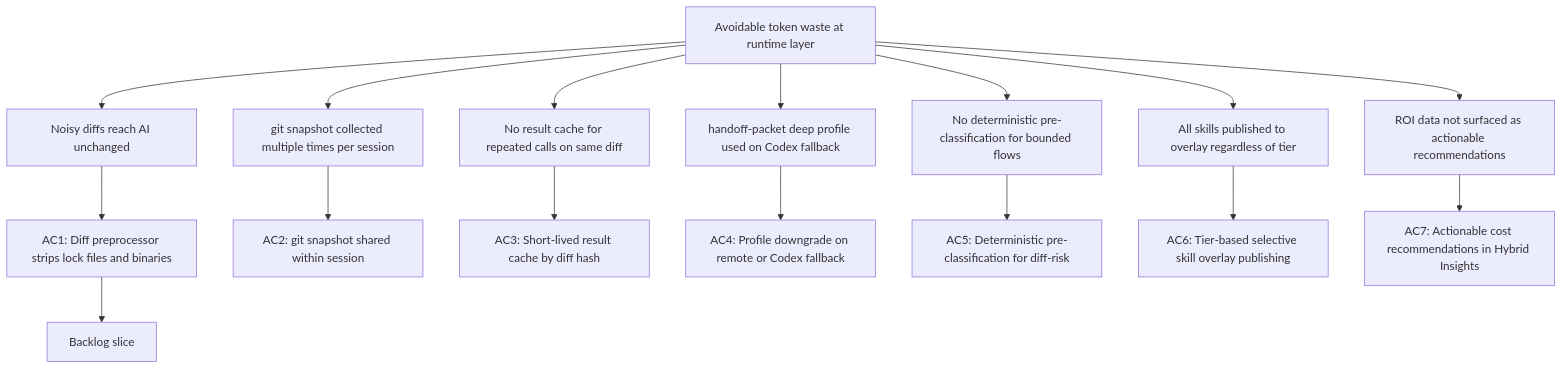
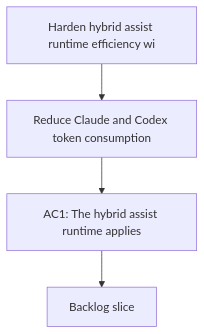
One commit to AlexAgo83/logics-manager changed the diagram in logics/request/req_124_harden_hybrid_assist_runtime_efficiency_with_diff_preprocessing_result_caching_and_profile_aware_fallback.md. Above: the diagram before and after it, drawn with Mermaid. The commit also changed other lines of this file and 481 other files, not shown here.

````diff
--- a/logics/request/req_124_harden_hybrid_assist_runtime_efficiency_with_diff_preprocessing_result_caching_and_profile_aware_fallback.md
+++ b/logics/request/req_124_harden_hybrid_assist_runtime_efficiency_with_diff_preprocessing_result_caching_and_profile_aware_fallback.md
@@ -37,20 +40,8 @@
 ```mermaid
 %% logics-kind: request
 %% logics-signature: request|harden-hybrid-assist-runtime-efficiency-|reduce-claude-and-codex-token-consumptio|ac1-the-hybrid-assist-runtime-applies
 flowchart TD
-    Waste[Avoidable token waste at runtime layer] --> P1[Noisy diffs reach AI unchanged]
-    Waste --> P2[git snapshot collected multiple times per session]
-    Waste --> P3[No result cache for repeated calls on same diff]
-    Waste --> P4[handoff-packet deep profile used on Codex fallback]
-    Waste --> P5[No deterministic pre-classification for bounded flows]
-    Waste --> P6[All skills published to overlay regardless of tier]
-    Waste --> P7[ROI data not surfaced as actionable recommendations]
-    P1 --> AC1[AC1: Diff preprocessor strips lock files and binaries]
-    P2 --> AC2[AC2: git snapshot shared within session]
-    P3 --> AC3[AC3: Short-lived result cache by diff hash]
-    P4 --> AC4[AC4: Profile downgrade on remote or Codex fallback]
-    P5 --> AC5[AC5: Deterministic pre-classification for diff-risk]
-    P6 --> AC6[AC6: Tier-based selective skill overlay publishing]
-    P7 --> AC7[AC7: Actionable cost recommendations in Hybrid Insights]
-    AC1 --> Backlog[Backlog slice]
+    Trigger[Harden hybrid assist runtime efficiency wi] --> Need[Reduce Claude and Codex token consumption]
+    Need --> Outcome[AC1: The hybrid assist runtime applies]
+    Outcome --> Backlog[Backlog slice]
 ```
````
